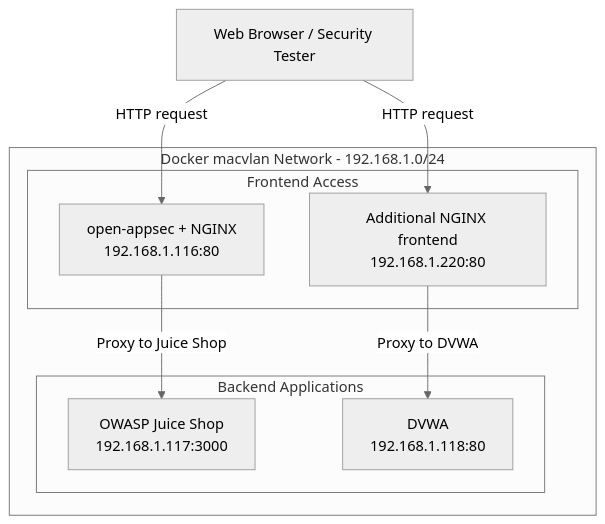
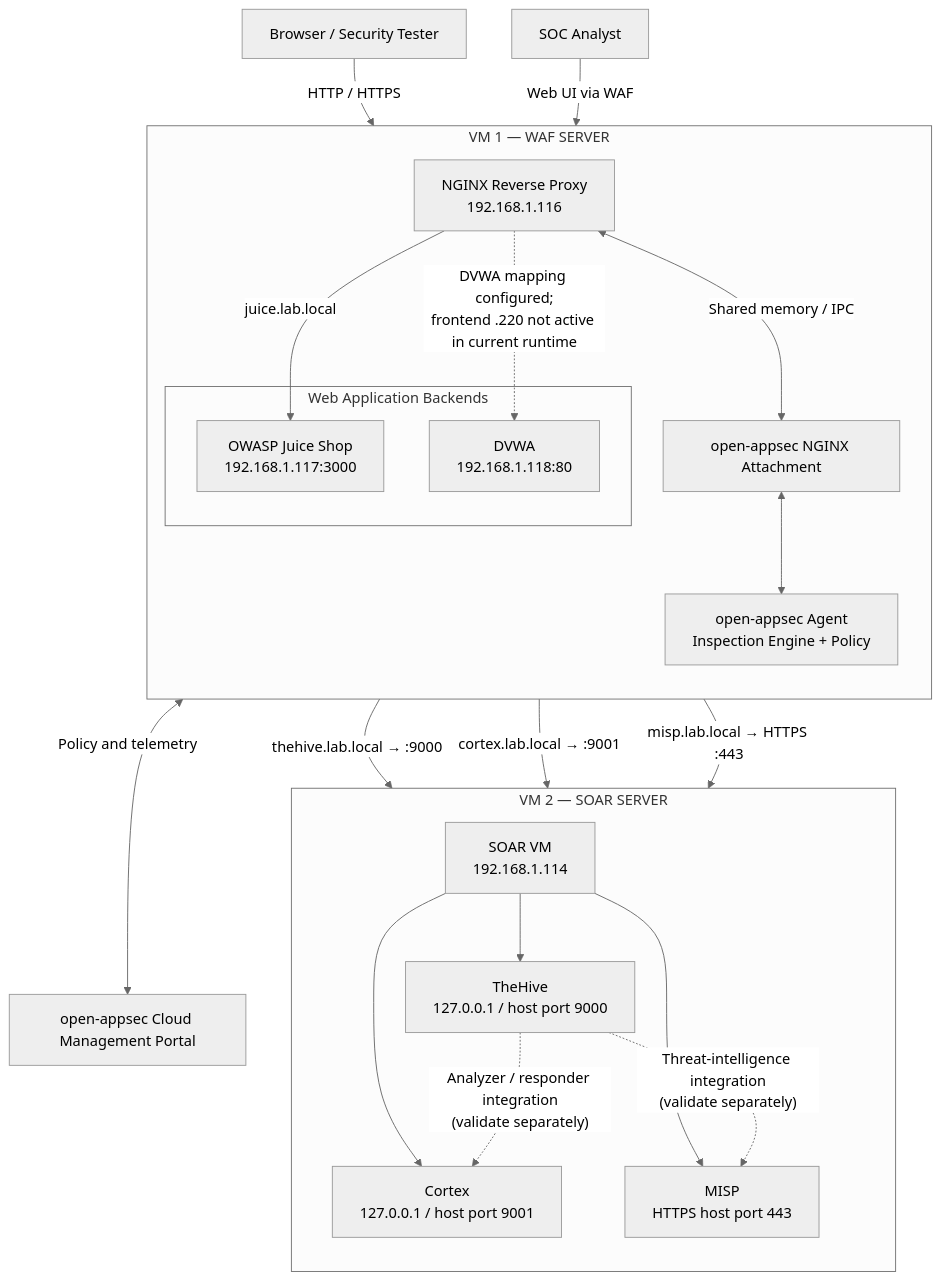
Before and after one commit to Pamidipallikiran/open-appsec-waf-security-lab: the first of 2 diagrams in architecture/architecture.md, drawn with Mermaid (neutral theme). The commit also changed other lines of this file and 3 other files, not shown here.

First line of the commit message:
Document two-VM WAF and SOAR deployment

````diff
--- a/architecture/architecture.md
+++ b/architecture/architecture.md
@@ -19,23 +22,43 @@
 ```mermaid
 flowchart TB
-    Client["Web Browser / Security Tester"]
+    CLIENT["Browser / Security Tester"]
+    ANALYST["SOC Analyst"]
+    PORTAL["open-appsec Cloud Management Portal"]
 
-    subgraph Network["Docker macvlan Network - 192.168.1.0/24"]
+    subgraph VM1["VM 1 — WAF SERVER"]
+        direction TB
+        FRONT["NGINX Reverse Proxy<br/>192.168.1.116"]
+        ATTACH["open-appsec NGINX Attachment"]
+        AGENT["open-appsec Agent<br/>Inspection Engine + Policy"]
+        FRONT <--> |"Shared memory / IPC"| ATTACH
+        ATTACH <--> AGENT
 
-        subgraph Frontends["Frontend Access"]
-            WAF["open-appsec + NGINX<br/>192.168.1.116:80"]
-            DVWAFront["Additional NGINX frontend<br/>192.168.1.220:80"]
-        end
-
-        subgraph Backends["Backend Applications"]
-            Juice["OWASP Juice Shop<br/>192.168.1.117:3000"]
+        subgraph WEBAPPS["Web Application Backends"]
+            JUICE["OWASP Juice Shop<br/>192.168.1.117:3000"]
             DVWA["DVWA<br/>192.168.1.118:80"]
         end
 
-        WAF -->|"Proxy to Juice Shop"| Juice
-        DVWAFront -->|"Proxy to DVWA"| DVWA
+        FRONT -->|"juice.lab.local"| JUICE
+        FRONT -.->|"DVWA mapping configured;<br/>frontend .220 not active in current runtime"| DVWA
     end
 
-    Client -->|"HTTP request"| WAF
-    Client -->|"HTTP request"| DVWAFront
+    subgraph VM2["VM 2 — SOAR SERVER"]
+        direction TB
+        SOARHOST["SOAR VM<br/>192.168.1.114"]
+        THEHIVE["TheHive<br/>127.0.0.1 / host port 9000"]
+        CORTEX["Cortex<br/>127.0.0.1 / host port 9001"]
+        MISP["MISP<br/>HTTPS host port 443"]
+        SOARHOST --> THEHIVE
+        SOARHOST --> CORTEX
+        SOARHOST --> MISP
+    end
+
+    CLIENT -->|"HTTP / HTTPS"| FRONT
+    ANALYST -->|"Web UI via WAF"| FRONT
+    FRONT -->|"thehive.lab.local → :9000"| THEHIVE
+    FRONT -->|"cortex.lab.local → :9001"| CORTEX
+    FRONT -->|"misp.lab.local → HTTPS :443"| MISP
+    AGENT <-->|"Policy and telemetry"| PORTAL
+    THEHIVE -.->|"Analyzer / responder integration<br/>(validate separately)"| CORTEX
+    THEHIVE -.->|"Threat-intelligence integration<br/>(validate separately)"| MISP
 ```
````
